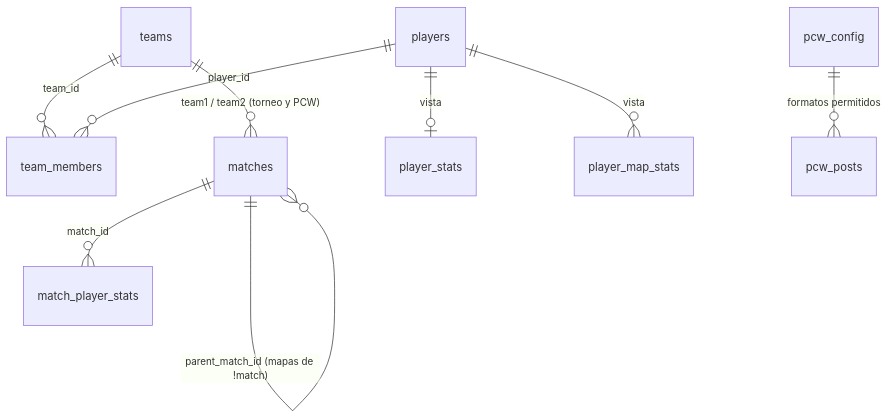
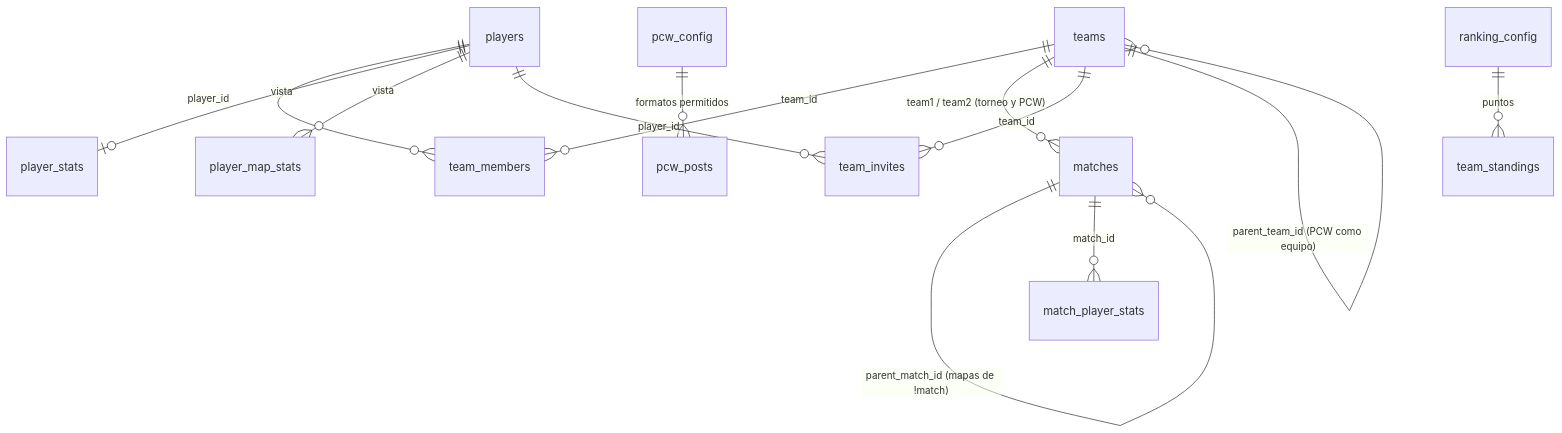
Before and after one commit to mchssj/v34frag: the second of 2 diagrams in docs/MODELO_DATOS.md, drawn with Mermaid. The commit also changed other lines of this file and 9 other files, not shown here.

````diff
--- a/docs/MODELO_DATOS.md
+++ b/docs/MODELO_DATOS.md
@@ -246,11 +246,15 @@
 ```mermaid
 erDiagram
   teams ||--o{ team_members : team_id
   players ||--o{ team_members : player_id
   teams ||--o{ matches : "team1 / team2 (torneo y PCW)"
   matches ||--o{ matches : "parent_match_id (mapas de !match)"
   matches ||--o{ match_player_stats : match_id
   players ||--o| player_stats : "vista"
   players ||--o{ player_map_stats : "vista"
   pcw_config ||--o{ pcw_posts : "formatos permitidos"
+  teams ||--o{ team_invites : team_id
+  players ||--o{ team_invites : player_id
+  teams ||--o{ teams : "parent_team_id (PCW como equipo)"
+  ranking_config ||--o{ team_standings : "puntos"
 ```
````
